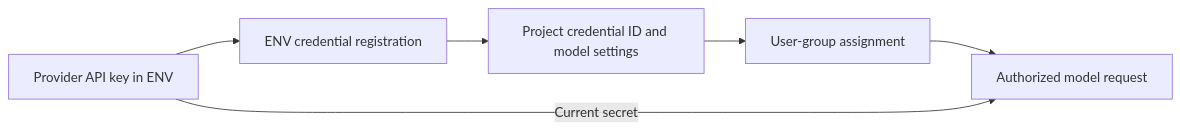
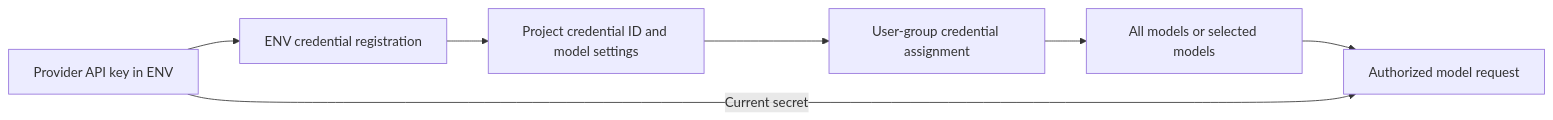
Before and after one commit to getnao/nao: the diagram in apps/backend/docs/group-scoped-llm-credentials.md, drawn with Mermaid. The commit also changed other lines of this file and 21 other files, not shown here.

````diff
--- a/apps/backend/docs/group-scoped-llm-credentials.md
+++ b/apps/backend/docs/group-scoped-llm-credentials.md
@@ -14,8 +14,9 @@
 ```mermaid
 flowchart LR
     Env["Provider API key in ENV"] --> Registration["ENV credential registration"]
     Registration --> Config["Project credential ID and model settings"]
-    Config --> Group["User-group assignment"]
-    Group --> Request["Authorized model request"]
+    Config --> Group["User-group credential assignment"]
+    Group --> Policy["All models or selected models"]
+    Policy --> Request["Authorized model request"]
     Env -->|"Current secret"| Request
 ```
````
